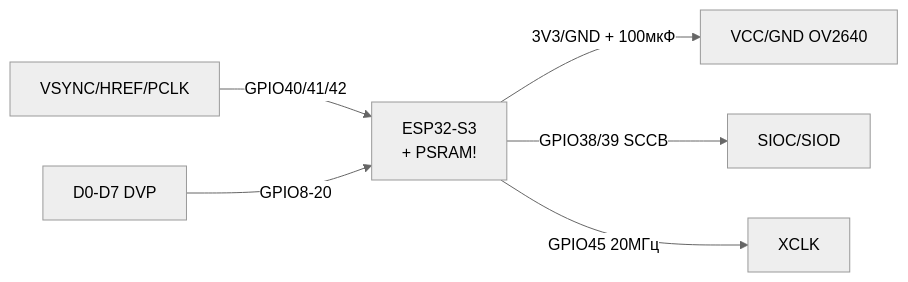
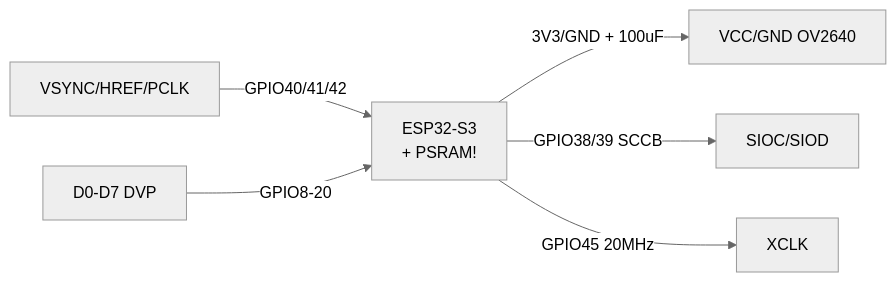
The fourth of 4 diagrams in obsidian_vault/ESP32-Reference/EN/12-Comm-Modules/04-RS485-CAN-Ethernet-Kamera.en.md (ksalab/embedded-reference), drawn with Mermaid (neutral theme) before and after one commit. The commit also changed other lines of this file and 76 other files, not shown here.

````diff
--- a/obsidian_vault/ESP32-Reference/EN/12-Comm-Modules/04-RS485-CAN-Ethernet-Kamera.en.md
+++ b/obsidian_vault/ESP32-Reference/EN/12-Comm-Modules/04-RS485-CAN-Ethernet-Kamera.en.md
@@ -339,8 +339,8 @@
 ```mermaid
 graph LR
-    S3[ESP32-S3<br/>+ PSRAM!] -->|3V3/GND + 100мкФ| VCC[VCC/GND OV2640]
+    S3[ESP32-S3<br/>+ PSRAM!] -->|3V3/GND + 100uF| VCC[VCC/GND OV2640]
     S3 -->|GPIO38/39 SCCB| SCCB[SIOC/SIOD]
     VSYNC[VSYNC/HREF/PCLK] -->|GPIO40/41/42| S3
     DVP[D0-D7 DVP] -->|GPIO8-20| S3
-    S3 -->|GPIO45 20МГц| XCLK[XCLK]
+    S3 -->|GPIO45 20MHz| XCLK[XCLK]
 ```
````
